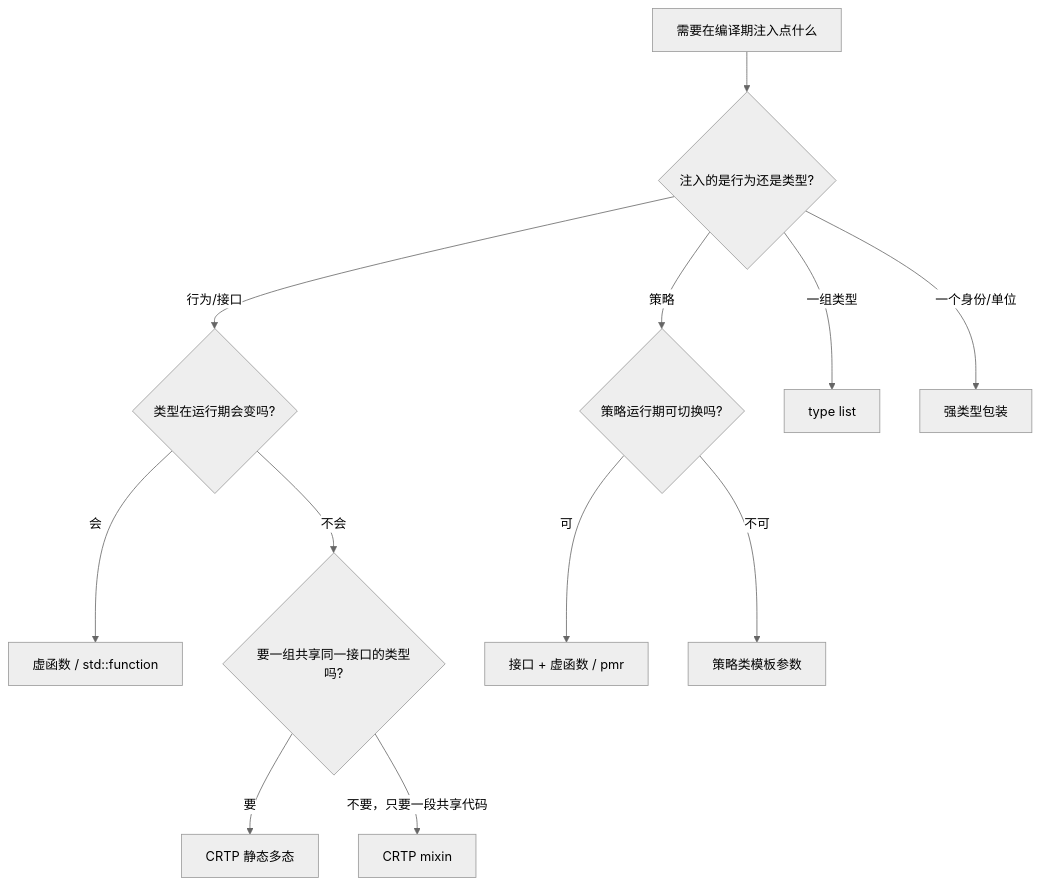
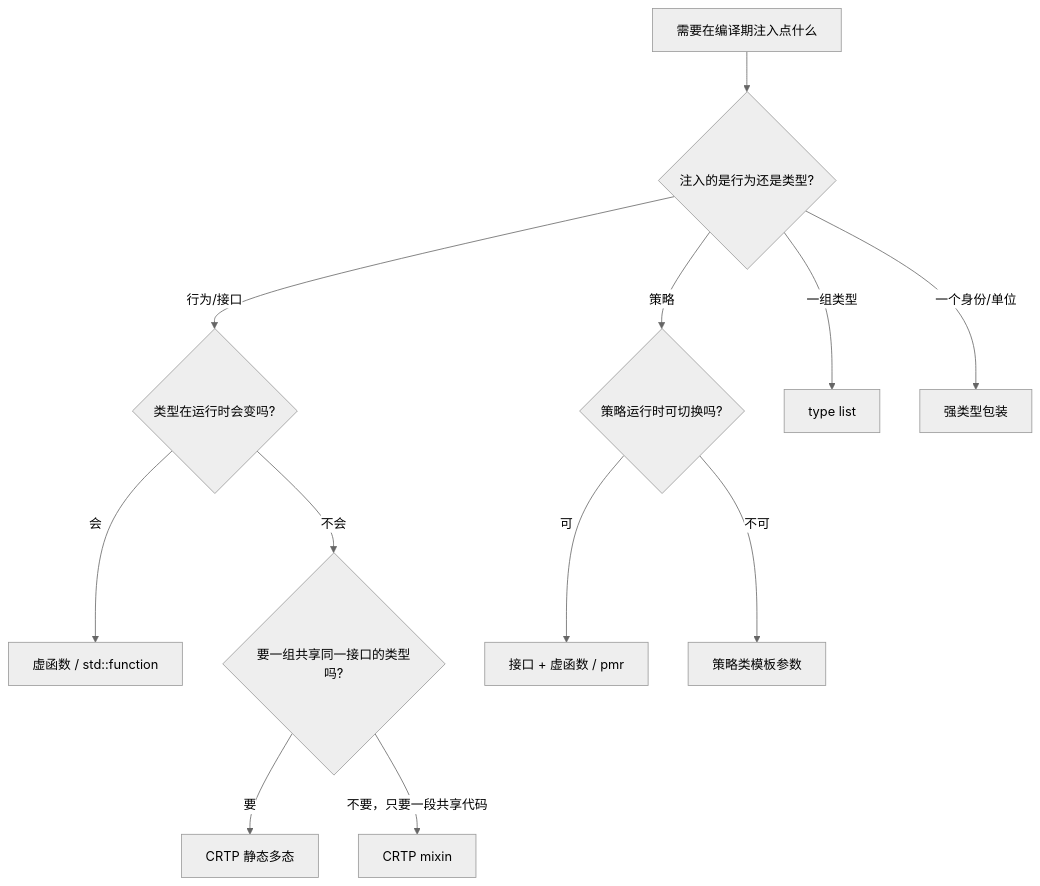
The diagram in docs/cpp-tmp/07-patterns.md (wurenrumian/MetaForge), drawn with Mermaid (neutral theme) before and after one commit. The commit also changed other lines of this file and 16 other files, not shown here.

````diff
--- a/docs/cpp-tmp/07-patterns.md
+++ b/docs/cpp-tmp/07-patterns.md
@@ -376,14 +376,14 @@
 ```mermaid
 flowchart TD
   A[需要在编译期注入点什么] --> B{注入的是行为还是类型?}
-  B -- 行为/接口 --> C{类型在运行期会变吗?}
+  B -- 行为/接口 --> C{类型在运行时会变吗?}
   C -- 会 --> D["虚函数 / std::function"]
   C -- 不会 --> E{要一组共享同一接口的类型吗?}
   E -- 要 --> F[CRTP 静态多态]
   E -- 不要，只要一段共享代码 --> G[CRTP mixin]
-  B -- 策略 --> H{策略运行期可切换吗?}
+  B -- 策略 --> H{策略运行时可切换吗?}
   H -- 可 --> I[接口 + 虚函数 / pmr]
   H -- 不可 --> J[策略类模板参数]
   B -- 一组类型 --> K[type list]
   B -- 一个身份/单位 --> L[强类型包装]
 ```
````
